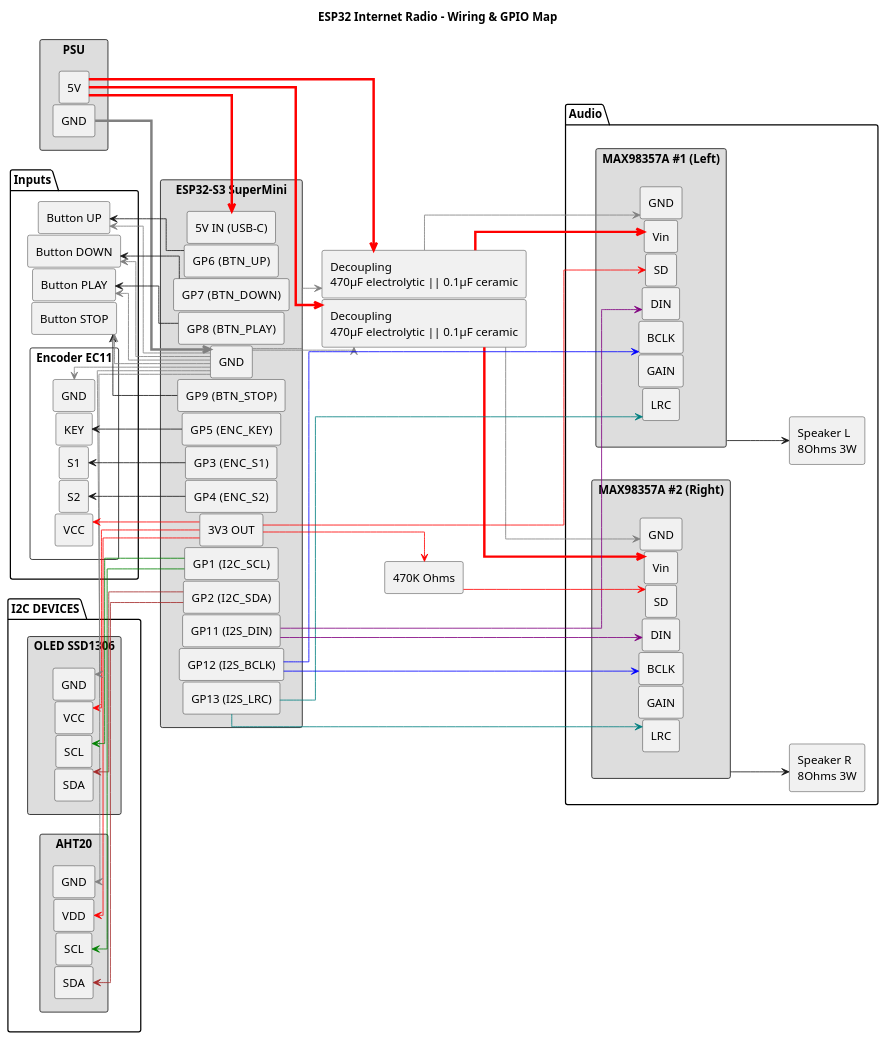
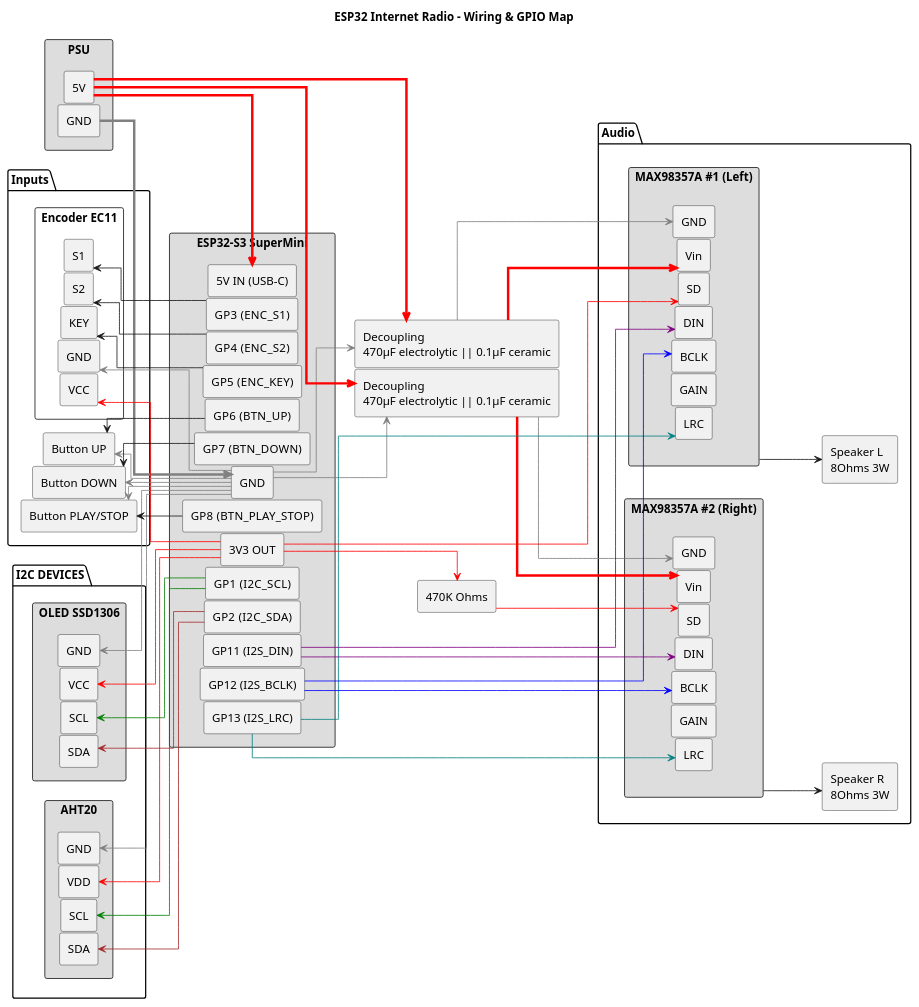
One commit to ArturChechui/player changed the diagram in docs/diagrams/wiring_gpio_map.puml. Above: the diagram before and after it, drawn with PlantUML. The commit also changed 64 other files, not shown here.

```diff
--- a/docs/diagrams/wiring_gpio_map.puml
+++ b/docs/diagrams/wiring_gpio_map.puml
@@ -1,157 +1,153 @@
 @startuml wiring_gpio_map.puml
 title ESP32 Internet Radio - Wiring & GPIO Map
 
 skinparam backgroundColor white
 skinparam shadowing false
 skinparam linetype ortho
 skinparam componentStyle rectangle
 skinparam nodesep 2
 skinparam ranksep 10
 left to right direction
 
 component "PSU" as PSU #DDDDDD {
   [5V] as R5
   [GND] as R5_GND
 }
 
 together {
     component "Decoupling\n470µF electrolytic || 0.1µF ceramic" as DEC_L
     component "Decoupling\n470µF electrolytic || 0.1µF ceramic" as DEC_R
 }
 
 rectangle "470K Ohms" as 470K
 
 component "ESP32-S3 SuperMini" as ESP #DDDDDD {
     [5V IN (USB-C)] as ESP_5V
     [3V3 OUT] as ESP_33
     [GND] as ESP_GND
 
     [GP1  (I2C_SCL)] as GP1
     [GP2  (I2C_SDA)] as GP2
 
     [GP3  (ENC_S1)]  as GP3
     [GP4  (ENC_S2)]  as GP4
     [GP5  (ENC_KEY)] as GP5
 
     [GP6  (BTN_UP)]   as GP6
     [GP7  (BTN_DOWN)] as GP7
-    [GP8  (BTN_PLAY)] as GP8
-    [GP9  (BTN_STOP)] as GP9
+    [GP8  (BTN_PLAY_STOP)] as GP8
 
     [GP11 (I2S_DIN)]  as GP11
     [GP12 (I2S_BCLK)] as GP12
     [GP13 (I2S_LRC)]  as GP13
 }
 
 
 package "Inputs" as Inputs {
     component "Button UP" as BUP
     component "Button DOWN" as BDN
-    component "Button PLAY" as BPL
-    component "Button STOP" as BST
+    component "Button PLAY/STOP" as BPS
 
     component "Encoder EC11" as ENC {
         [GND] as ENC_GND
         [S1]  as ENC_S1
         [S2]  as ENC_S2
         [KEY] as ENC_KEY
         [VCC] as ENC_VCC
     }
 }
 
 package "I2C DEVICES" as I2C {
     component "OLED SSD1306" as OLED #DDDDDD {
       [VCC] as OLED_VCC
       [GND] as OLED_GND
       [SCL] as OLED_SCL
       [SDA] as OLED_SDA
     }
 
     component "AHT20" as AHT #DDDDDD {
       [VDD] as AHT_VDD
       [GND] as AHT_GND
       [SCL] as AHT_SCL
       [SDA] as AHT_SDA
     }
 }
 
 package Audio {
     component "MAX98357A #1 (Left)" as AMP_L #DDDDDD {
         [Vin] as AL_VIN
         [GND] as AL_GND
         [LRC] as AL_LRC
         [BCLK] as AL_BCLK
         [DIN] as AL_DIN
         [GAIN] as AL_GAIN
         [SD] as AL_SD
     }
 
     component "MAX98357A #2 (Right)" as AMP_R #DDDDDD {
         [Vin] as AR_VIN
         [GND] as AR_GND
         [LRC] as AR_LRC
         [BCLK] as AR_BCLK
         [DIN] as AR_DIN
         [GAIN] as AR_GAIN
         [SD] as AR_SD
     }
 
     component "Speaker L\n8Ohms 3W" as SPK_L
     component "Speaker R\n8Ohms 3W" as SPK_R
 }
 
 R5  -[#Red,thickness=3]-> ESP_5V
 R5_GND -[#Grey,thickness=3]-> ESP_GND
 
 ESP_33 -up[#Red]-> OLED_VCC
 ESP_GND -up[#Grey]-> OLED_GND
 
 ESP_33 -up[#Red]-> AHT_VDD
 ESP_GND -up[#Grey]-> AHT_GND
 
 R5 -[#Red,thickness=3]-> DEC_L
 DEC_L -[#Red,thickness=3]-> AL_VIN
 ESP_GND -[#Grey]-> DEC_L
 DEC_L -[#Grey]-> AL_GND
 
 R5 -[#Red,thickness=3]-> DEC_R
 DEC_R -[#Red,thickness=3]-> AR_VIN
 ESP_GND -[#Grey]-> DEC_R
 DEC_R -[#Grey]-> AR_GND
 
 ESP_33 -[#Red]-> ENC_VCC
 ESP_GND -[#Grey]-> ENC_GND
 
 GP1 -up[#Green]-> OLED_SCL
 GP2 -up[#Brown]-> OLED_SDA
 GP1 -up[#Green]-> AHT_SCL
 GP2 -up[#Brown]-> AHT_SDA
 
 GP13 -[#Teal]-> AL_LRC
 GP12 -[#Blue]-> AL_BCLK
 GP11 -[#Purple]-> AL_DIN
 GP13 -[#Teal]-> AR_LRC
 GP12 -[#Blue]-> AR_BCLK
 GP11 -[#Purple]-> AR_DIN
 
 ESP_33 -[#Red]-> AL_SD
 ESP_33 -[#Red]-> 470K
 470K -[#Red]-> AR_SD
 
 AMP_L --> SPK_L
 AMP_R --> SPK_R
 
 ENC_S1 <-- GP3
 ENC_S2 <-- GP4
 ENC_KEY <-- GP5
 
 BUP <-- GP6
 BUP <-[#Grey]- ESP_GND 
 BDN <-- GP7
 BDN <-[#Grey]- ESP_GND 
-BPL <-- GP8
-BPL <-[#Grey]- ESP_GND 
-BST <-- GP9
-BST <-[#Grey]- ESP_GND 
+BPS <-- GP8
+BPS <-[#Grey]- ESP_GND 
 
 @enduml
```
